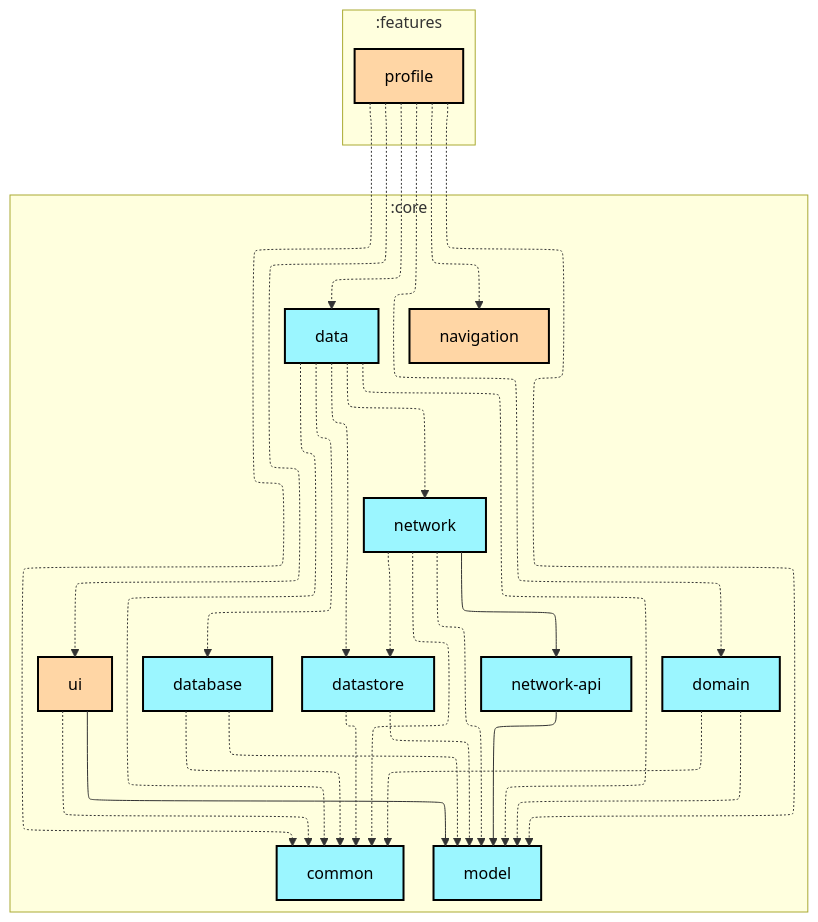
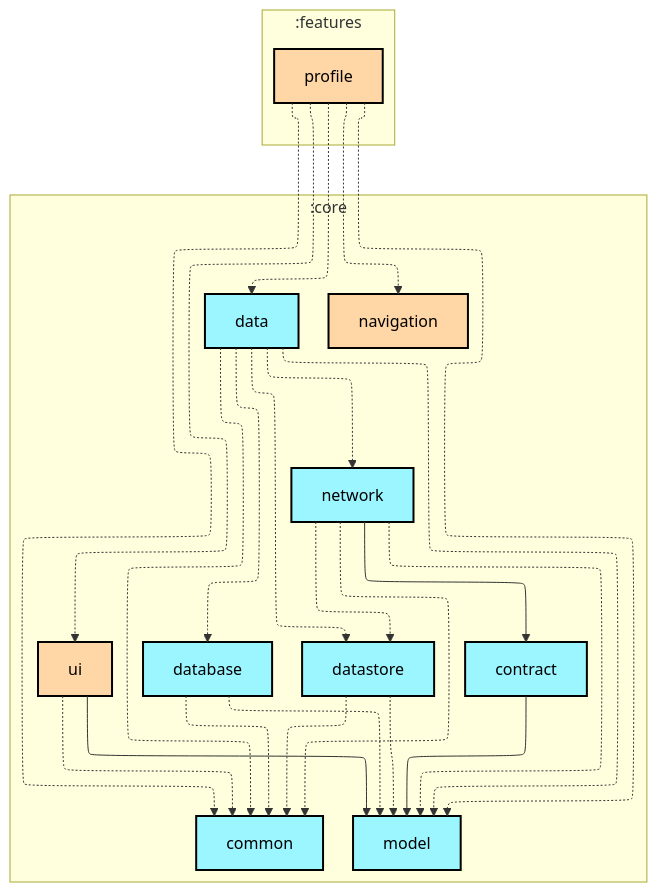
One commit to woods-marshes/chat-multiplatform changed the first of 2 diagrams in features/profile/README.md. Above: the diagram before and after it, drawn with Mermaid. The commit also changed 58 other files, not shown here.

Commit message:
build: rename core:network-api module to core:contract

````diff
--- a/features/profile/README.md
+++ b/features/profile/README.md
@@ -6,58 +6,54 @@
 ```mermaid
 ---
 config:
   layout: elk
   elk:
     nodePlacementStrategy: SIMPLE
 ---
 graph TB
   subgraph :features
     direction TB
     :features:profile[profile]:::compose-multiplatform
   end
   subgraph :core
     direction TB
     :core:common[common]:::kotlin-multiplatform
+    :core:contract[contract]:::kotlin-multiplatform
     :core:data[data]:::kotlin-multiplatform
     :core:database[database]:::kotlin-multiplatform
     :core:datastore[datastore]:::kotlin-multiplatform
-    :core:domain[domain]:::kotlin-multiplatform
     :core:model[model]:::kotlin-multiplatform
     :core:navigation[navigation]:::compose-multiplatform
     :core:network[network]:::kotlin-multiplatform
-    :core:network-api[network-api]:::kotlin-multiplatform
     :core:ui[ui]:::compose-multiplatform
   end
 
+  :core:contract --> :core:model
   :core:data -.-> :core:common
   :core:data -.-> :core:database
   :core:data -.-> :core:datastore
   :core:data -.-> :core:model
   :core:data -.-> :core:network
   :core:database -.-> :core:common
   :core:database -.-> :core:model
   :core:datastore -.-> :core:common
   :core:datastore -.-> :core:model
-  :core:domain -.-> :core:common
-  :core:domain -.-> :core:model
   :core:network -.-> :core:common
+  :core:network --> :core:contract
   :core:network -.-> :core:datastore
   :core:network -.-> :core:model
-  :core:network --> :core:network-api
-  :core:network-api --> :core:model
   :core:ui -.-> :core:common
   :core:ui --> :core:model
   :features:profile -.-> :core:common
   :features:profile -.-> :core:data
-  :features:profile -.-> :core:domain
   :features:profile -.-> :core:model
   :features:profile -.-> :core:navigation
   :features:profile -.-> :core:ui
 
 classDef android-application fill:#CAFFBF,stroke:#000,stroke-width:2px,color:#000;
 classDef desktop-application fill:#BDB2FF,stroke:#000,stroke-width:2px,color:#000;
 classDef compose-multiplatform fill:#FFD6A5,stroke:#000,stroke-width:2px,color:#000;
 classDef ktor-server fill:#FDFFB6,stroke:#000,stroke-width:2px,color:#000;
 classDef kotlin-multiplatform fill:#9BF6FF,stroke:#000,stroke-width:2px,color:#000;
 classDef unknown fill:#FFADAD,stroke:#000,stroke-width:2px,color:#000;
 ```
````
